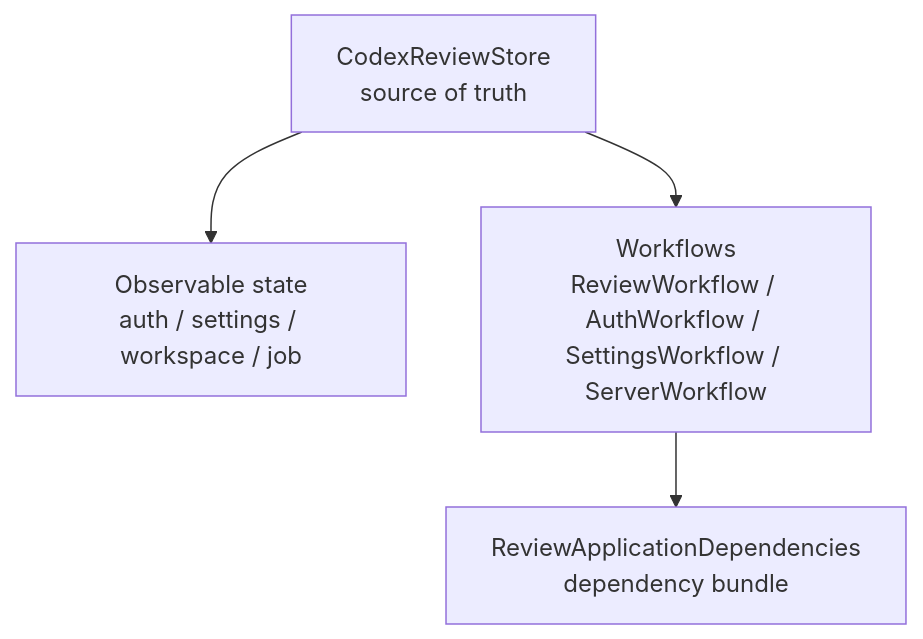
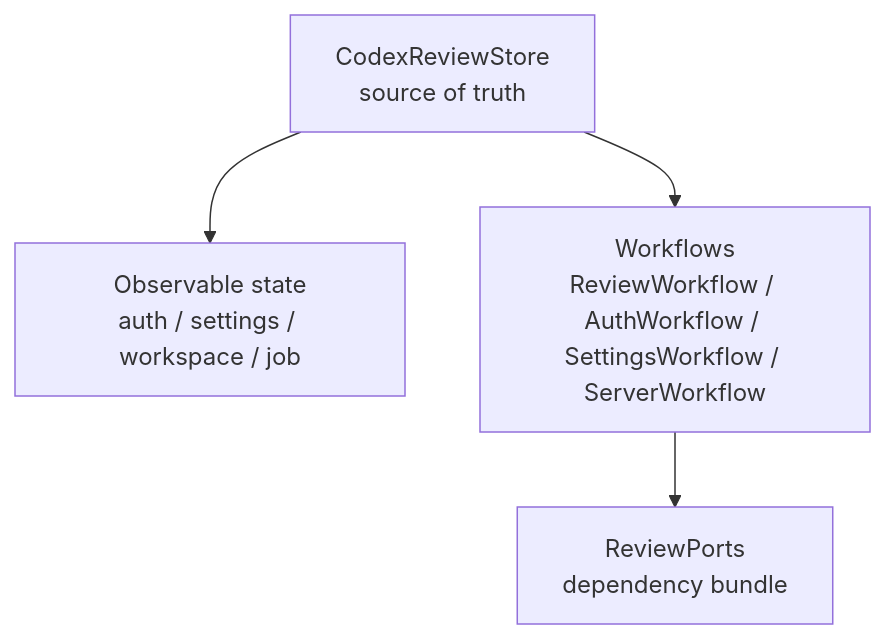
The third of 8 diagrams in Docs/architecture-overview.md (lynnswap/CodexReviewMCP), drawn with Mermaid before and after one commit. The commit also changed other lines of this file and 127 other files, not shown here.

Commit message:
refactor(targets): rename architecture targets

````diff
--- a/Docs/architecture-overview.md
+++ b/Docs/architecture-overview.md
@@ -137,11 +137,11 @@
 ```mermaid
 flowchart TB
     Store["CodexReviewStore<br/>source of truth"]
     State["Observable state<br/>auth / settings / workspace / job"]
     Workflows["Workflows<br/>ReviewWorkflow / AuthWorkflow / SettingsWorkflow / ServerWorkflow"]
-    Dependencies["ReviewApplicationDependencies<br/>dependency bundle"]
+    Dependencies["ReviewPorts<br/>dependency bundle"]
 
     Store --> State
     Store --> Workflows
     Workflows --> Dependencies
 ```
````
